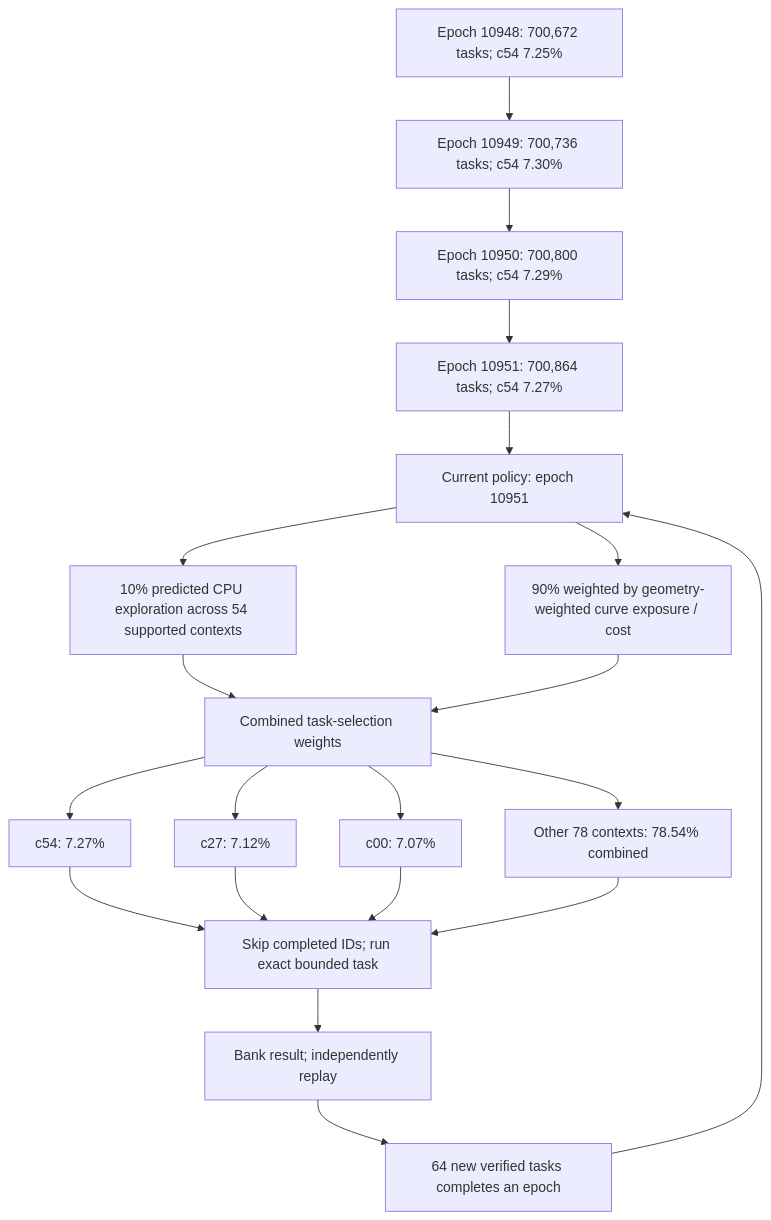
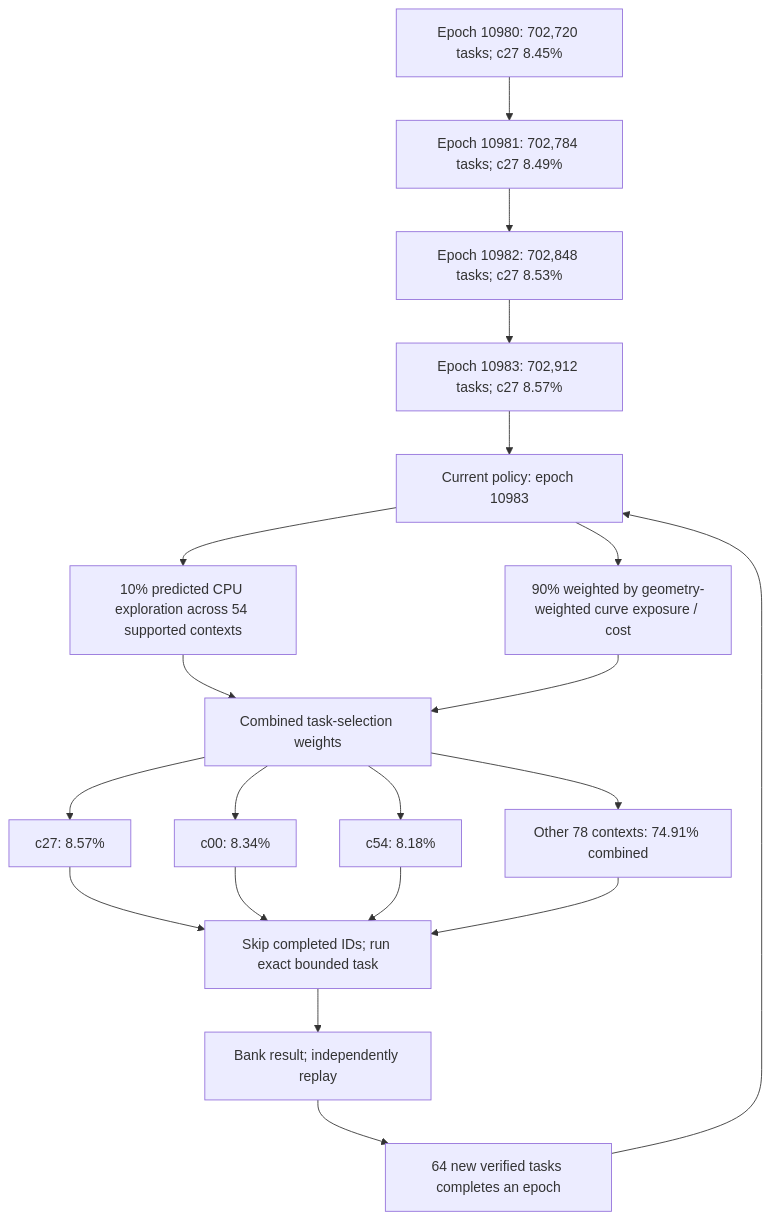
Before and after one commit to Kuberwastaken/math-gambling: the first of 4 diagrams in README.md, drawn with Mermaid. The commit also changed other lines of this file and 4315 other files, not shown here.

````diff
--- a/README.md
+++ b/README.md
@@ -60,27 +60,27 @@
 ```mermaid
 flowchart TD
-    H0["Epoch 10948: 700,672 tasks; c54 7.25%"]
-    H1["Epoch 10949: 700,736 tasks; c54 7.30%"]
+    H0["Epoch 10980: 702,720 tasks; c27 8.45%"]
+    H1["Epoch 10981: 702,784 tasks; c27 8.49%"]
     H0 --> H1
-    H2["Epoch 10950: 700,800 tasks; c54 7.29%"]
+    H2["Epoch 10982: 702,848 tasks; c27 8.53%"]
     H1 --> H2
-    H3["Epoch 10951: 700,864 tasks; c54 7.27%"]
+    H3["Epoch 10983: 702,912 tasks; c27 8.57%"]
     H2 --> H3
-    Policy["Current policy: epoch 10951"]
+    Policy["Current policy: epoch 10983"]
     H3 --> Policy
     Policy --> Explore["10% predicted CPU exploration across 54 supported contexts"]
     Policy --> Cost["90% weighted by geometry-weighted curve exposure / cost"]
     Explore --> Mix["Combined task-selection weights"]
     Cost --> Mix
-    Mix --> C0["c54: 7.27%"]
-    Mix --> C1["c27: 7.12%"]
-    Mix --> C2["c00: 7.07%"]
-    Mix --> Rest["Other 78 contexts: 78.54% combined"]
+    Mix --> C0["c27: 8.57%"]
+    Mix --> C1["c00: 8.34%"]
+    Mix --> C2["c54: 8.18%"]
+    Mix --> Rest["Other 78 contexts: 74.91% combined"]
     C0 --> Check["Skip completed IDs; run exact bounded task"]
     C1 --> Check
     C2 --> Check
     Rest --> Check
     Check --> Replay["Bank result; independently replay"]
     Replay --> Gate["64 new verified tasks completes an epoch"]
     Gate --> Policy
 ```
````
